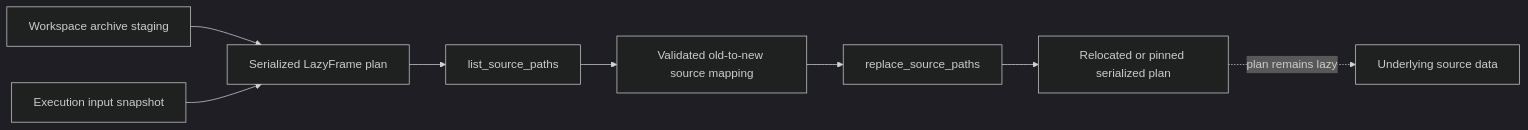
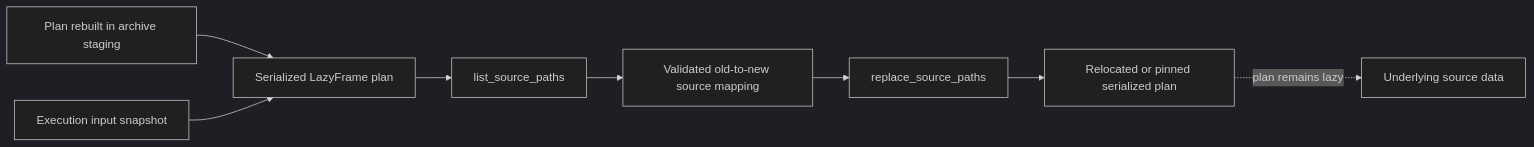
The diagram in docs/architecture/packages/polars-source-utils.md (Australian-Text-Analytics-Platform/ldaca_web_app), drawn with Mermaid (dark theme) before and after one commit. The commit also changed other lines of this file and 13 other files, not shown here.

````diff
--- a/docs/architecture/packages/polars-source-utils.md
+++ b/docs/architecture/packages/polars-source-utils.md
@@ -17,11 +19,11 @@
 ```mermaid
 flowchart LR
-    ARCHIVE["Workspace archive staging"] --> PLAN["Serialized LazyFrame plan"]
+    ARCHIVE["Plan rebuilt in archive staging"] --> PLAN["Serialized LazyFrame plan"]
     SNAPSHOT["Execution input snapshot"] --> PLAN
     PLAN --> LIST["list_source_paths"]
     LIST --> MAP["Validated old-to-new source mapping"]
     MAP --> REPLACE["replace_source_paths"]
     REPLACE --> RELOCATED["Relocated or pinned serialized plan"]
 
     RELOCATED -. "plan remains lazy" .-> SOURCE["Underlying source data"]
 ```
````
